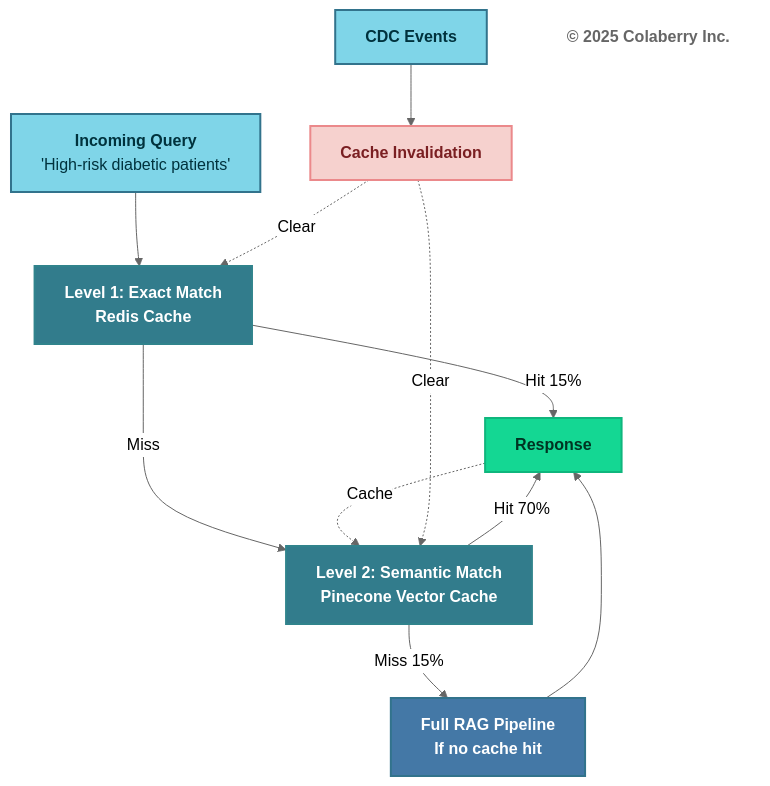
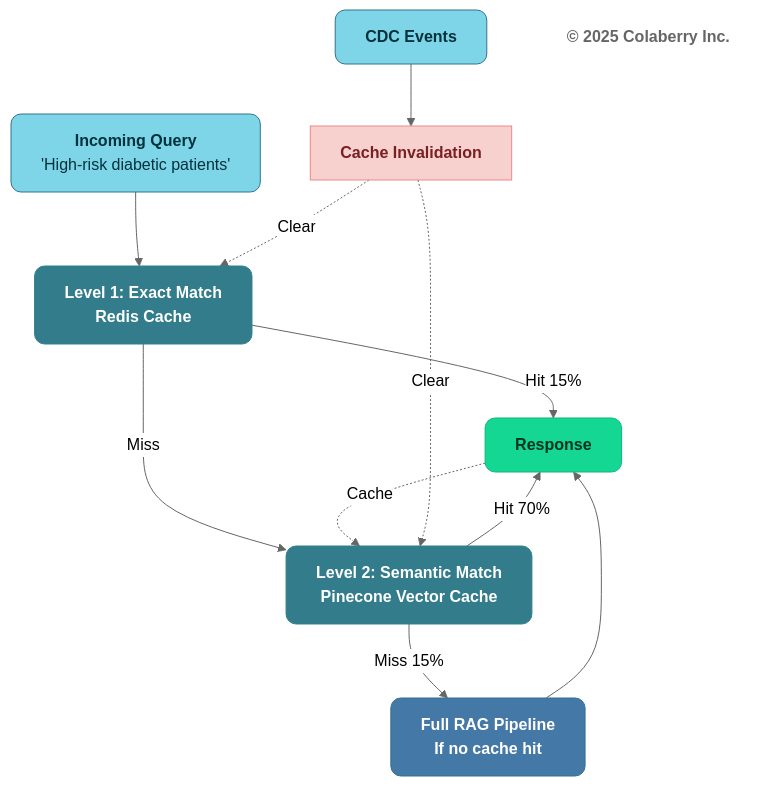
Before and after one commit to colaberry/trust-before-intelligence-book: the tenth of 13 diagrams in manuscript/06_chapter_5_intelligence_layers.md, drawn with Mermaid (neutral theme). The commit also changed other lines of this file and 12 other files, not shown here.

````diff
--- a/manuscript/06_chapter_5_intelligence_layers.md
+++ b/manuscript/06_chapter_5_intelligence_layers.md
@@ -836,39 +836,39 @@
 ```mermaid
 graph TB
     QUERY["<b>Incoming Query</b><br/>'High-risk diabetic patients'"]
     
     EXACT["<b>Level 1: Exact Match</b><br/><b>Redis Cache</b>"]
     
     SEMANTIC["<b>Level 2: Semantic Match</b><br/><b>Pinecone Vector Cache</b>"]
     
     PIPELINE["<b>Full RAG Pipeline</b><br/><b>If no cache hit</b>"]
     
     RESPONSE["<b>Response</b>"]
     
     CDC["<b>CDC Events</b>"]
     
     INVALIDATE["<b>Cache Invalidation</b>"]
     
     Copyright["<b>© 2025 Colaberry Inc.</b>"]
     
     QUERY --> EXACT
     EXACT -->|Hit 15%| RESPONSE
     EXACT -->|Miss| SEMANTIC
     SEMANTIC -->|Hit 70%| RESPONSE
     SEMANTIC -->|Miss 15%| PIPELINE
     PIPELINE --> RESPONSE
     RESPONSE -.->|Cache| SEMANTIC
     
     CDC --> INVALIDATE
     INVALIDATE -.->|Clear| EXACT
     INVALIDATE -.->|Clear| SEMANTIC
     
-    style QUERY fill:#7FD5E8,stroke:#32738C,stroke-width:2px,color:#00323D
-    style EXACT fill:#327C8C,stroke:#30838C,stroke-width:2px,color:#ffffff
-    style SEMANTIC fill:#327C8C,stroke:#30838C,stroke-width:2px,color:#ffffff
-    style PIPELINE fill:#4478A6,stroke:#32738C,stroke-width:2px,color:#ffffff
-    style RESPONSE fill:#14D793,color:#003322,stroke:#0FB67D,stroke-width:2px
-    style CDC fill:#7FD5E8,stroke:#32738C,stroke-width:2px,color:#00323D
-    style INVALIDATE fill:#F6D1CE,stroke:#EB898B,stroke-width:2px,color:#7A1F22
-    style Copyright fill:#ffffff,stroke:none,color:#666666
+    style QUERY fill:#7FD5E8,stroke:#32738C,stroke-width:1px,color:#00323D,rx:10,ry:10
+    style EXACT fill:#327C8C,stroke:#30838C,stroke-width:1px,color:#ffffff,rx:10,ry:10
+    style SEMANTIC fill:#327C8C,stroke:#30838C,stroke-width:1px,color:#ffffff,rx:10,ry:10
+    style PIPELINE fill:#4478A6,stroke:#32738C,stroke-width:1px,color:#ffffff,rx:10,ry:10
+    style RESPONSE fill:#14D793,color:#003322,stroke:#0FB67D,stroke-width:1px,rx:10,ry:10
+    style CDC fill:#7FD5E8,stroke:#32738C,stroke-width:1px,color:#00323D,rx:10,ry:10
+    style INVALIDATE fill:#F6D1CE,stroke:#EB898B,stroke-width:1px,color:#7A1F22
+    style Copyright fill:none,stroke:none,color:#666666
 ```
````
